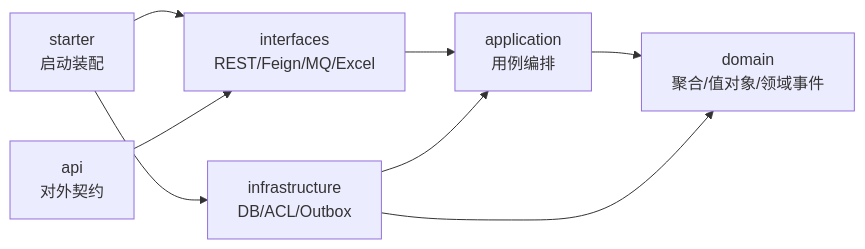
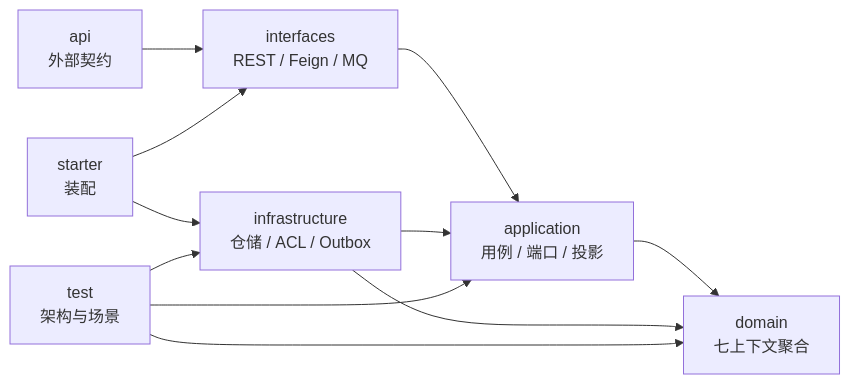
One commit to guoyang13/KnowledgeVault changed the first of 2 diagrams in Senior Java Engineer/4-架构与设计/DDD/scm-purchaseorder-next/project/docs/PROJECT_STRUCTURE.md. Above: the diagram before and after it, drawn with Mermaid. The commit also changed other lines of this file and 124 other files, not shown here.

````diff
--- a/Senior Java Engineer/4-架构与设计/DDD/scm-purchaseorder-next/project/docs/PROJECT_STRUCTURE.md
+++ b/Senior Java Engineer/4-架构与设计/DDD/scm-purchaseorder-next/project/docs/PROJECT_STRUCTURE.md
@@ -18,10 +14,13 @@
 ```mermaid
 flowchart LR
-  Interfaces["interfaces<br/>REST/Feign/MQ/Excel"] --> Application["application<br/>用例编排"]
-  Application --> Domain["domain<br/>聚合/值对象/领域事件"]
-  Infrastructure["infrastructure<br/>DB/ACL/Outbox"] --> Application
-  Infrastructure --> Domain
-  Starter["starter<br/>启动装配"] --> Interfaces
-  Starter --> Infrastructure
-  Api["api<br/>对外契约"] --> Interfaces
+  API["api<br/>外部契约"] --> IFACE["interfaces<br/>REST / Feign / MQ"]
+  IFACE --> APP["application<br/>用例 / 端口 / 投影"]
+  APP --> DOMAIN["domain<br/>七上下文聚合"]
+  INFRA["infrastructure<br/>仓储 / ACL / Outbox"] --> APP
+  INFRA --> DOMAIN
+  STARTER["starter<br/>装配"] --> IFACE
+  STARTER --> INFRA
+  TEST["test<br/>架构与场景"] --> APP
+  TEST --> DOMAIN
+  TEST --> INFRA
 ```
````
